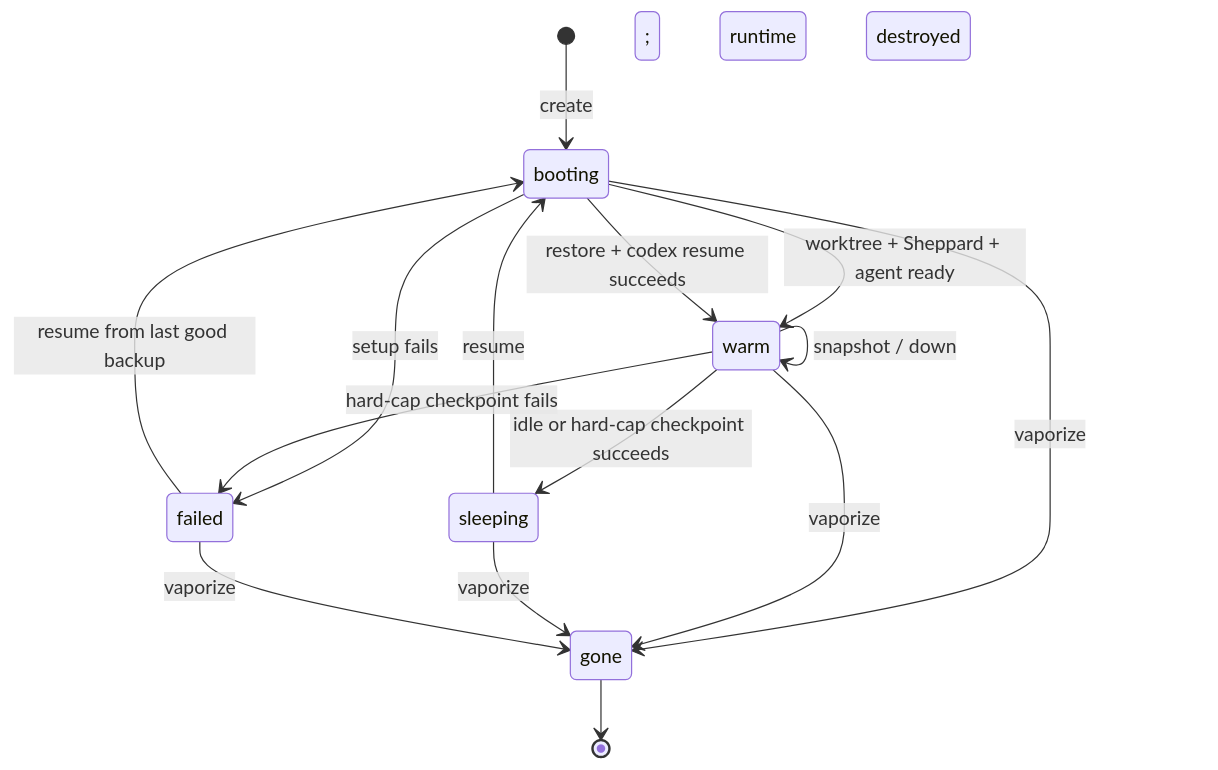
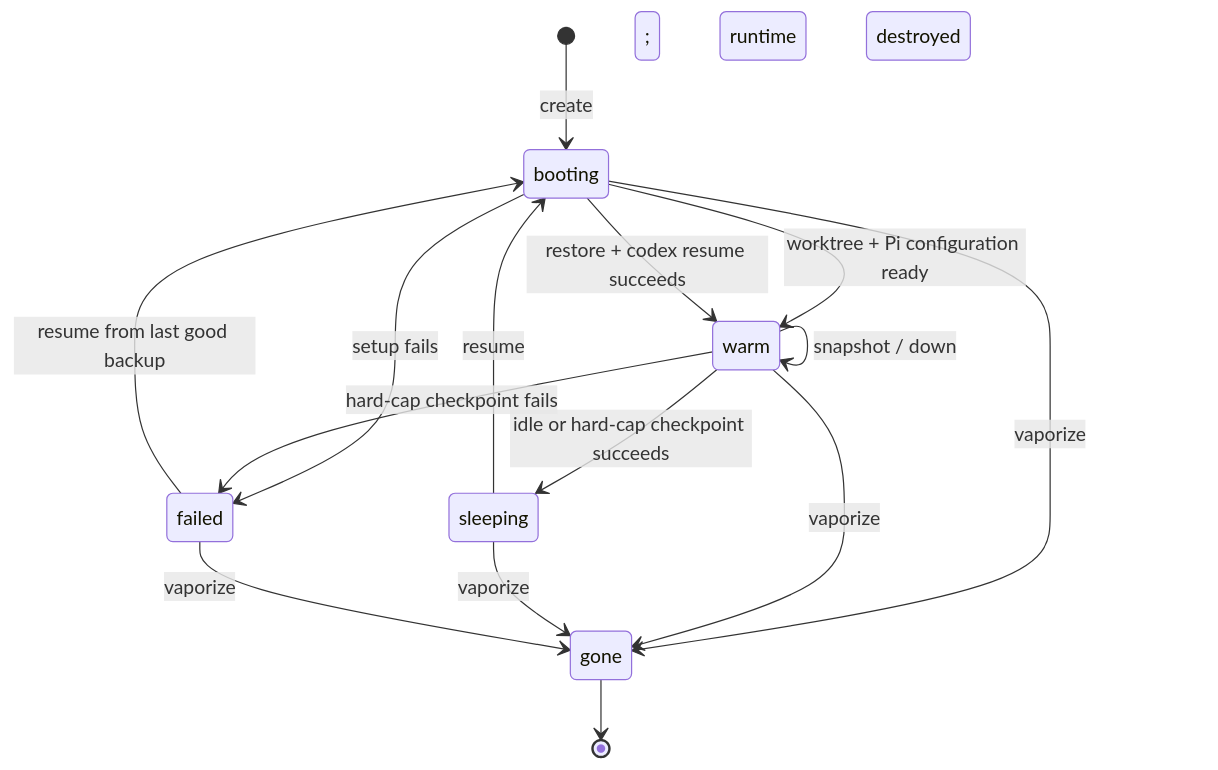
The second of 3 diagrams in IMPLEMENTATION_DAG.md (Yeshwanthyk/scotty), drawn with Mermaid before and after one commit. The commit also changed other lines of this file and 5 other files, not shown here.

Commit message:
Document the Pi terminal architecture

````diff
--- a/IMPLEMENTATION_DAG.md
+++ b/IMPLEMENTATION_DAG.md
@@ -136,20 +152,20 @@
 ```mermaid
 stateDiagram-v2
     [*] --> booting: create
-    booting --> warm: worktree + Sheppard + agent ready
+    booting --> warm: worktree + Pi configuration ready
     booting --> failed: setup fails
 
     warm --> warm: snapshot / down
     warm --> sleeping: idle or hard-cap checkpoint succeeds
     warm --> failed: hard-cap checkpoint fails; runtime destroyed
 
     sleeping --> booting: resume
     failed --> booting: resume from last good backup
     booting --> warm: restore + codex resume succeeds
 
     booting --> gone: vaporize
     warm --> gone: vaporize
     sleeping --> gone: vaporize
     failed --> gone: vaporize
     gone --> [*]
 ```
````
